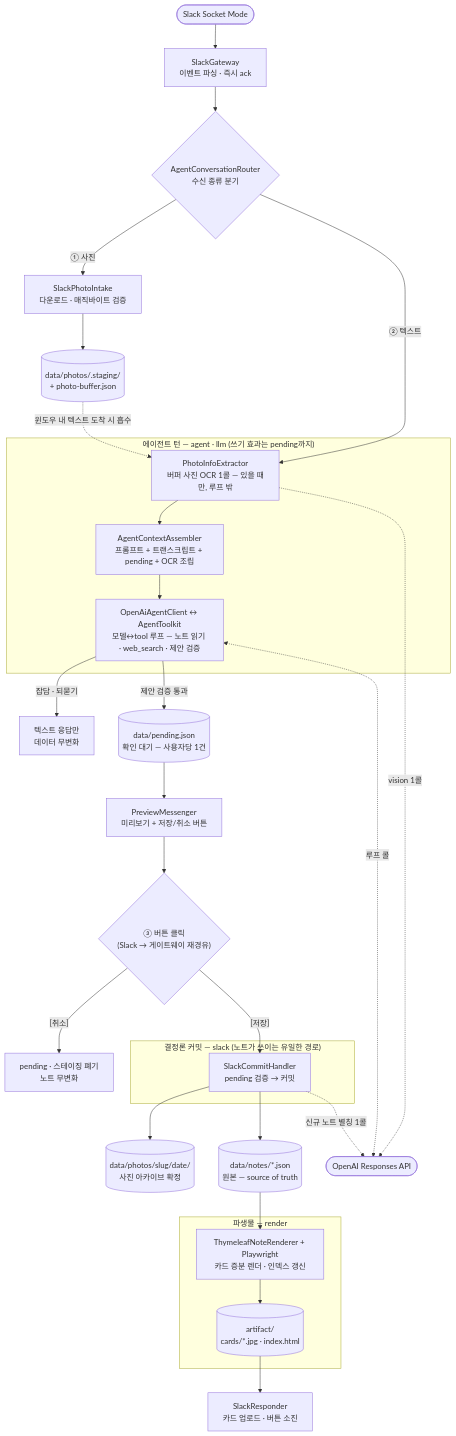
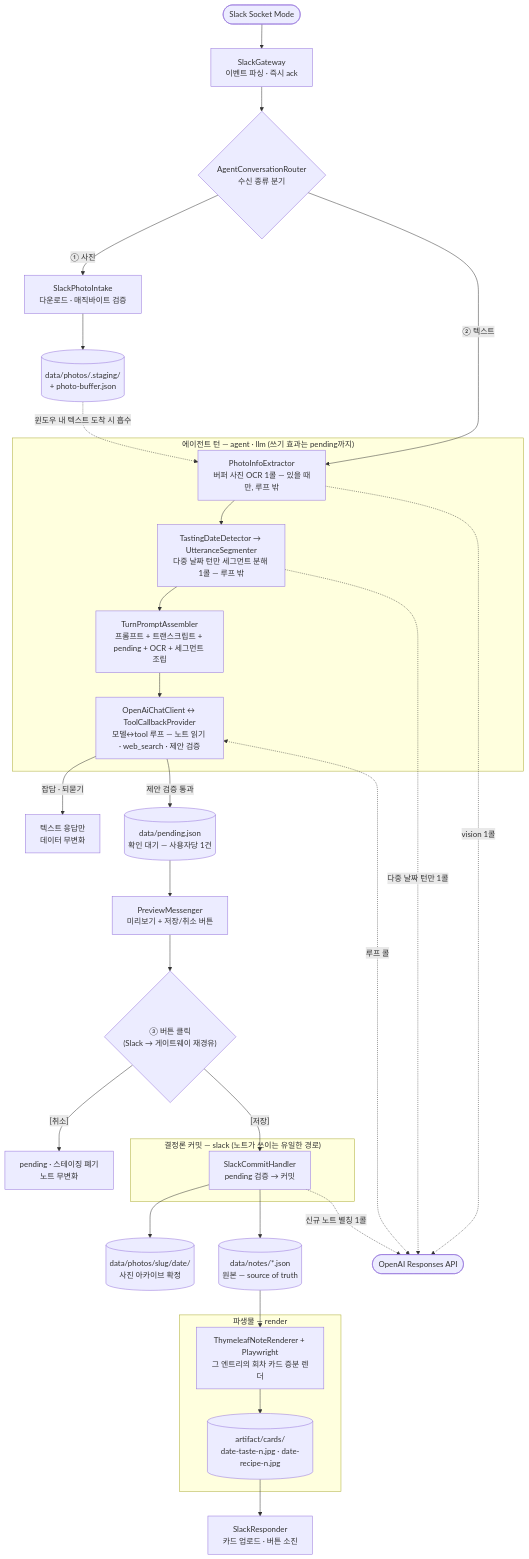
One commit to devwuu/mocha changed the first of 8 diagrams in docs/architecture-classes-and-flows.md. Above: the diagram before and after it, drawn with Mermaid. The commit also changed other lines of this file and 1 other file, not shown here.

````diff
--- a/docs/architecture-classes-and-flows.md
+++ b/docs/architecture-classes-and-flows.md
@@ -95,51 +99,53 @@
 ```mermaid
 flowchart TB
     SLACK(["Slack Socket Mode"])
     OPENAI(["OpenAI Responses API"])
     GW["SlackGateway<br/>이벤트 파싱 · 즉시 ack"]
     ROUTER{"AgentConversationRouter<br/>수신 종류 분기"}
     INTAKE["SlackPhotoIntake<br/>다운로드 · 매직바이트 검증"]
     STAGING[("data/photos/.staging/<br/>+ photo-buffer.json")]
 
     subgraph TURN["에이전트 턴 — agent · llm (쓰기 효과는 pending까지)"]
         OCR["PhotoInfoExtractor<br/>버퍼 사진 OCR 1콜 — 있을 때만, 루프 밖"]
-        ASM["AgentContextAssembler<br/>프롬프트 + 트랜스크립트 + pending + OCR 조립"]
-        LOOP["OpenAiAgentClient ↔ AgentToolkit<br/>모델↔tool 루프 — 노트 읽기 · web_search · 제안 검증"]
+        SEG["TastingDateDetector → UtteranceSegmenter<br/>다중 날짜 턴만 세그먼트 분해 1콜 — 루프 밖"]
+        ASM["TurnPromptAssembler<br/>프롬프트 + 트랜스크립트 + pending + OCR + 세그먼트 조립"]
+        LOOP["OpenAiChatClient ↔ ToolCallbackProvider<br/>모델↔tool 루프 — 노트 읽기 · web_search · 제안 검증"]
     end
 
     TEXTONLY["텍스트 응답만<br/>데이터 무변화"]
     PENDING[("data/pending.json<br/>확인 대기 — 사용자당 1건")]
     PREVIEW["PreviewMessenger<br/>미리보기 + 저장/취소 버튼"]
     BTN{"③ 버튼 클릭<br/>(Slack → 게이트웨이 재경유)"}
     CANCEL["pending · 스테이징 폐기<br/>노트 무변화"]
 
     subgraph COMMITG["결정론 커밋 — slack (노트가 쓰이는 유일한 경로)"]
         COMMIT["SlackCommitHandler<br/>pending 검증 → 커밋"]
     end
 
     ARCHIVE[("data/photos/slug/date/<br/>사진 아카이브 확정")]
     NOTES[("data/notes/*.json<br/>원본 — source of truth")]
 
     subgraph REN["파생물 — render"]
-        RENDER["ThymeleafNoteRenderer + Playwright<br/>카드 증분 렌더 · 인덱스 갱신"]
-        CARDS[("artifact/<br/>cards/*.jpg · index.html")]
+        RENDER["ThymeleafNoteRenderer + Playwright<br/>그 엔트리의 회차 카드 증분 렌더"]
+        CARDS[("artifact/cards/<br/>date-taste-n.jpg · date-recipe-n.jpg")]
     end
 
     DONE["SlackResponder<br/>카드 업로드 · 버튼 소진"]
 
     SLACK --> GW --> ROUTER
     ROUTER -->|"① 사진"| INTAKE --> STAGING
     ROUTER -->|"② 텍스트"| OCR
     STAGING -.->|"윈도우 내 텍스트 도착 시 흡수"| OCR
-    OCR --> ASM --> LOOP
+    OCR --> SEG --> ASM --> LOOP
     LOOP -->|"잡담 · 되묻기"| TEXTONLY
     LOOP -->|"제안 검증 통과"| PENDING --> PREVIEW --> BTN
     BTN -->|"[취소]"| CANCEL
     BTN -->|"[저장]"| COMMIT
     COMMIT --> ARCHIVE
     COMMIT --> NOTES --> RENDER --> CARDS --> DONE
 
     LOOP <-.->|"루프 콜"| OPENAI
     OCR -.->|"vision 1콜"| OPENAI
+    SEG -.->|"다중 날짜 턴만 1콜"| OPENAI
     COMMIT -.->|"신규 노트 별칭 1콜"| OPENAI
 ```
````
